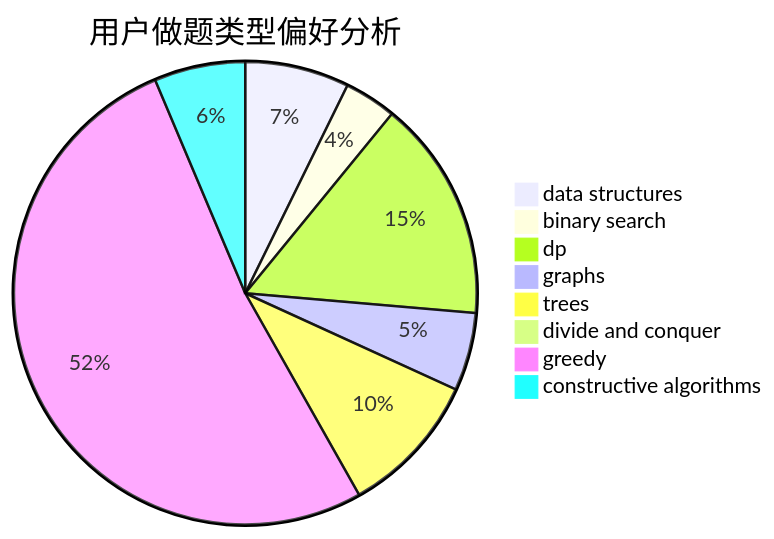
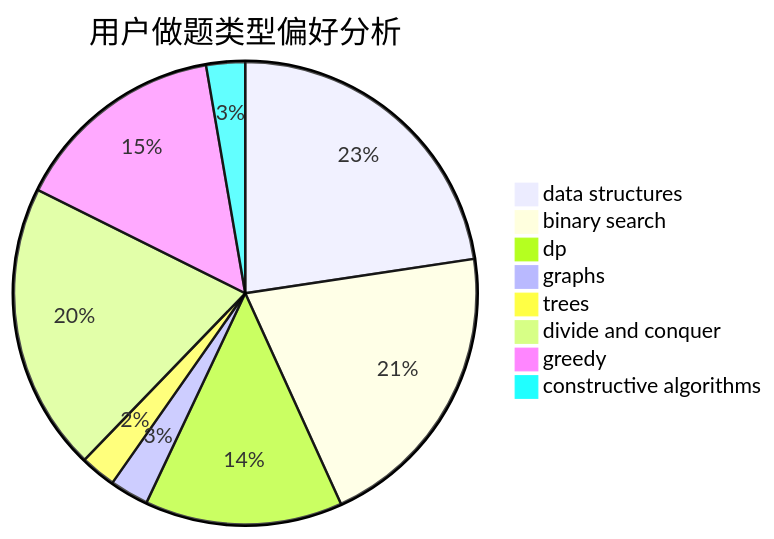
Before and after one commit to sherpahu/cfrs.github.io: the second of 3 diagrams in docs/user/u2705.md, drawn with Mermaid. The commit also changed other lines of this file and 2770 other files, not shown here.

````diff
--- a/docs/user/u2705.md
+++ b/docs/user/u2705.md
@@ -23,11 +23,11 @@
 ```mermaid
 pie title 用户做题类型偏好分析
-    "data structures" :  8
-    "binary search" :  4
-    "dp" :  17
-    "graphs" :  6
+    "data structures" :  100
+    "binary search" :  91
+    "dp" :  61
+    "graphs" :  12
     "trees" :  11
-    "divide and conquer" :  0
-    "greedy" :  57
-    "constructive algorithms" :  7
+    "divide and conquer" :  89
+    "greedy" :  66
+    "constructive algorithms" :  12
 ```
````
